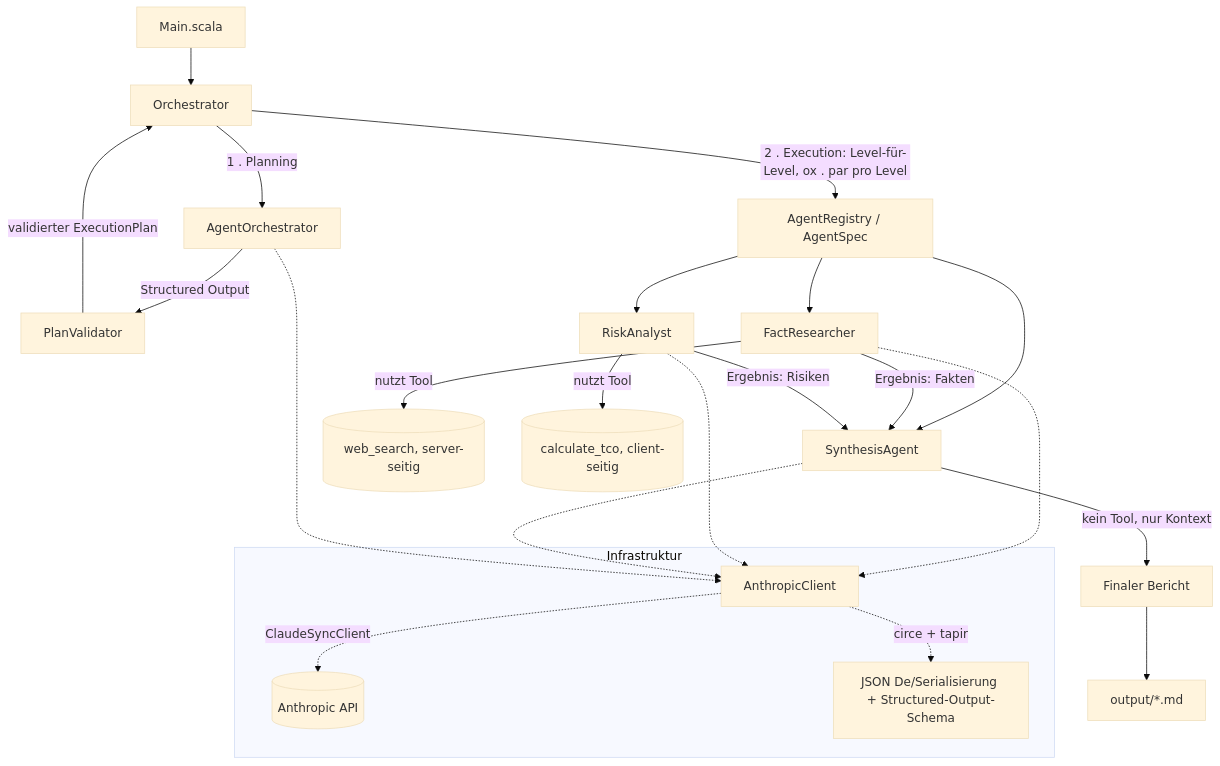
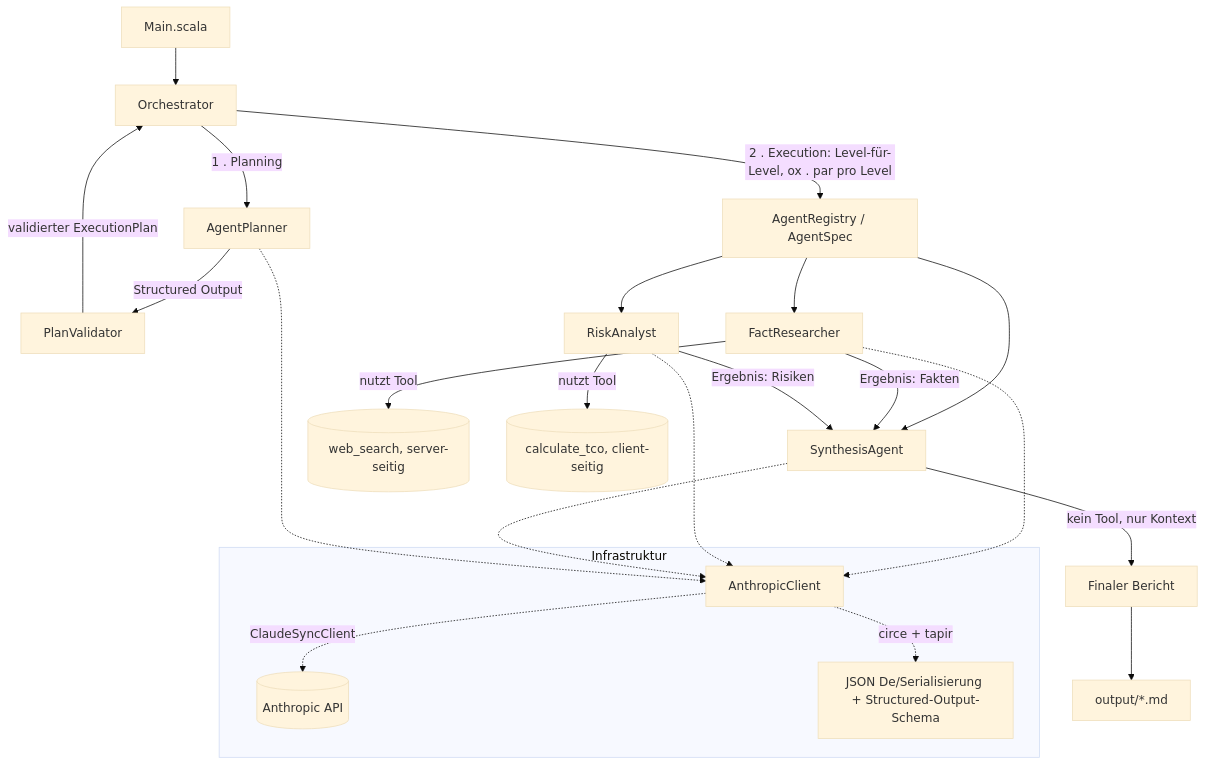
One commit to GuntherW/scala-cheatsheet changed the second of 3 diagrams in cli/multi-agent-agentic-orchestrator/README.md. Above: the diagram before and after it, drawn with Mermaid (base theme). The commit also changed other lines of this file and 6 other files, not shown here.

````diff
--- a/cli/multi-agent-agentic-orchestrator/README.md
+++ b/cli/multi-agent-agentic-orchestrator/README.md
@@ -132,26 +132,26 @@
 ```mermaid
 flowchart TD
     A[Main.scala] --> B[Orchestrator]
-    B -->|1 . Planning| P[AgentOrchestrator]
+    B -->|1 . Planning| P[AgentPlanner]
     P -->|Structured Output| V[PlanValidator]
     V -->|validierter ExecutionPlan| B
     B -->|2 . Execution: Level-für-Level, ox . par pro Level| REG[AgentRegistry / AgentSpec]
     REG --> C[FactResearcher]
     REG --> D[RiskAnalyst]
     REG --> E[SynthesisAgent]
     C -->|nutzt Tool| C1[(web_search, server-seitig)]
     D -->|nutzt Tool| D1[(calculate_tco, client-seitig)]
     C -->|Ergebnis: Fakten| E
     D -->|Ergebnis: Risiken| E
     E -->|kein Tool, nur Kontext| F[Finaler Bericht]
     F --> G[output/*.md]
 
     subgraph Infrastruktur
         H[AnthropicClient] -. ClaudeSyncClient .-> I[(Anthropic API)]
         H -. circe + tapir .-> J[JSON De/Serialisierung + Structured-Output-Schema]
     end
     C -.-> H
     D -.-> H
     E -.-> H
     P -.-> H
 ```
````
